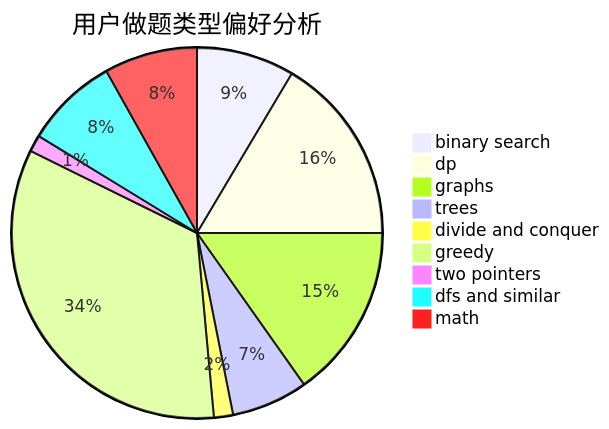
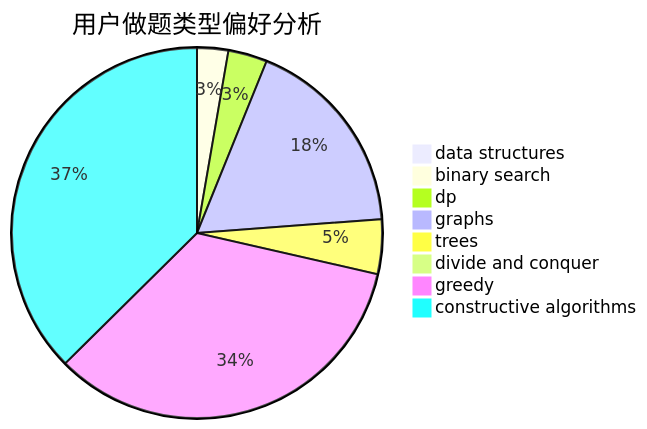
The second of 3 diagrams in docs/user/u2392.md (sherpahu/cfrs.github.io), drawn with Mermaid before and after one commit. The commit also changed other lines of this file and 2775 other files, not shown here.

````diff
--- a/docs/user/u2392.md
+++ b/docs/user/u2392.md
@@ -23,12 +23,11 @@
 ```mermaid
 pie title 用户做题类型偏好分析
-    "binary search" :  41
-    "dp" :  79
-    "graphs" :  73
-    "trees" :  32
-    "divide and conquer" :  8
-    "greedy" :  162
-    "two pointers" :  7
-    "dfs and similar" :  39
-    "math" :  39
+    "data structures" :  1
+    "binary search" :  4
+    "dp" :  5
+    "graphs" :  26
+    "trees" :  7
+    "divide and conquer" :  0
+    "greedy" :  50
+    "constructive algorithms" :  55
 ```
````
